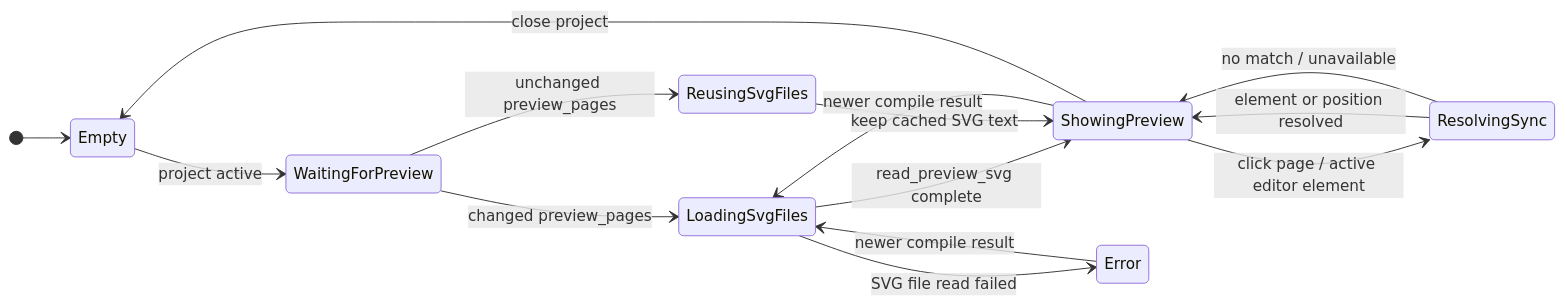
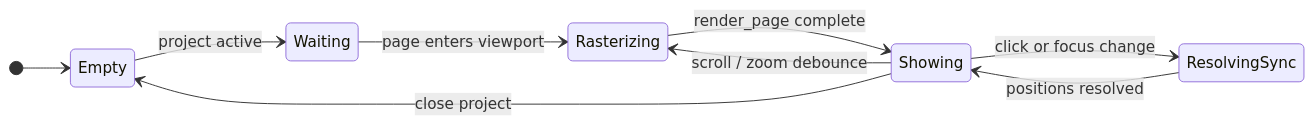
One commit to andmoreduro/ergo changed the fourth of 5 diagrams in context/state-diagrams.md. Above: the diagram before and after it, drawn with Mermaid. The commit also changed other lines of this file and 12 other files, not shown here.

````diff
--- a/context/state-diagrams.md
+++ b/context/state-diagrams.md
@@ -100,18 +73,13 @@
 ```mermaid
 stateDiagram-v2
     direction LR
 
     [*] --> Empty
-    Empty --> WaitingForPreview : project active
-    WaitingForPreview --> LoadingSvgFiles : changed preview_pages
-    WaitingForPreview --> ReusingSvgFiles : unchanged preview_pages
-    LoadingSvgFiles --> ShowingPreview : read_preview_svg complete
-    ReusingSvgFiles --> ShowingPreview : keep cached SVG text
-    LoadingSvgFiles --> Error : SVG file read failed
-    ShowingPreview --> LoadingSvgFiles : newer compile result
-    ShowingPreview --> ResolvingSync : click page / active editor element
-    ResolvingSync --> ShowingPreview : element or position resolved
-    ResolvingSync --> ShowingPreview : no match / unavailable
-    Error --> LoadingSvgFiles : newer compile result
-    ShowingPreview --> Empty : close project
+    Empty --> Waiting : project active
+    Waiting --> Rasterizing : page enters viewport
+    Rasterizing --> Showing : render_page complete
+    Showing --> Rasterizing : scroll / zoom debounce
+    Showing --> ResolvingSync : click or focus change
+    ResolvingSync --> Showing : positions resolved
+    Showing --> Empty : close project
 ```
````
